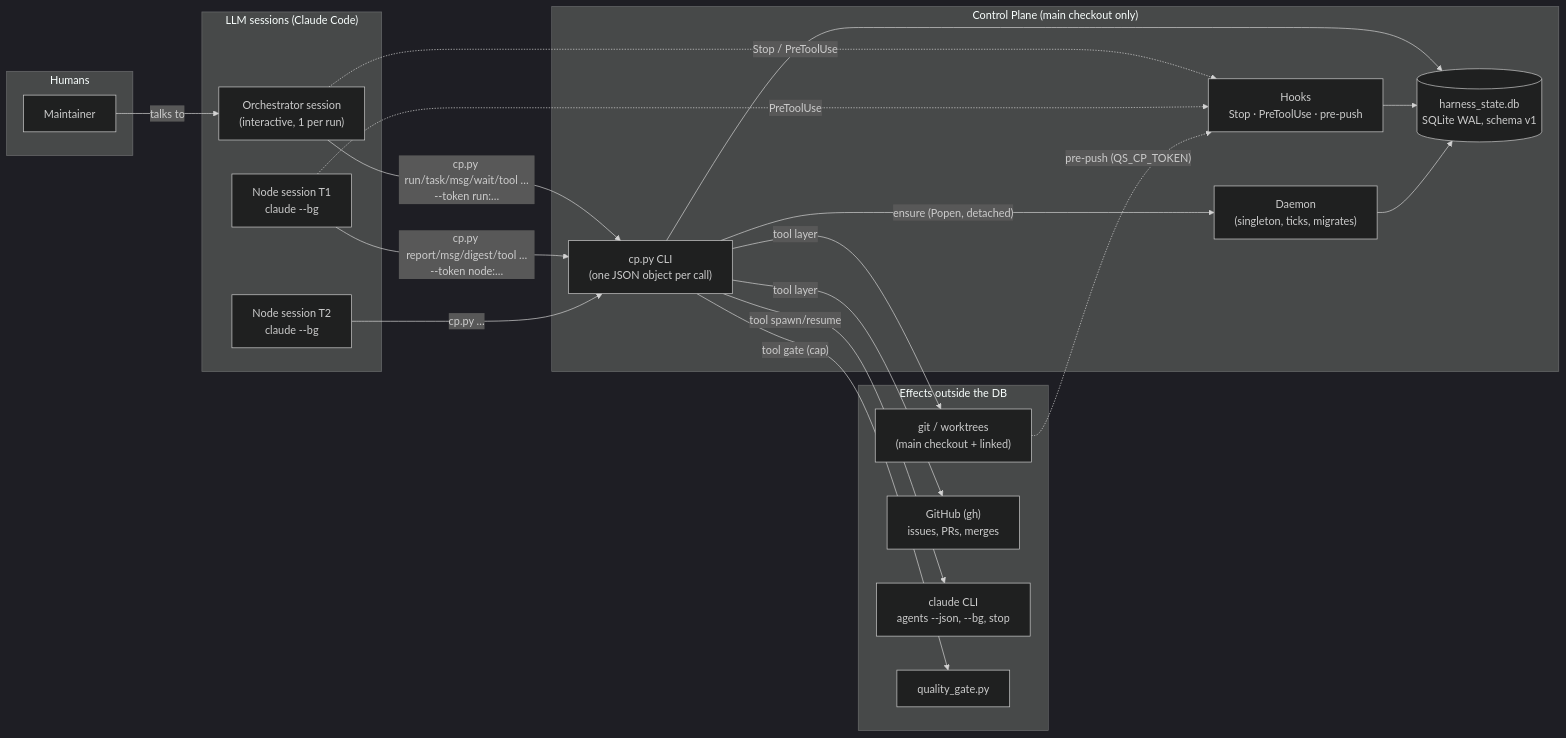
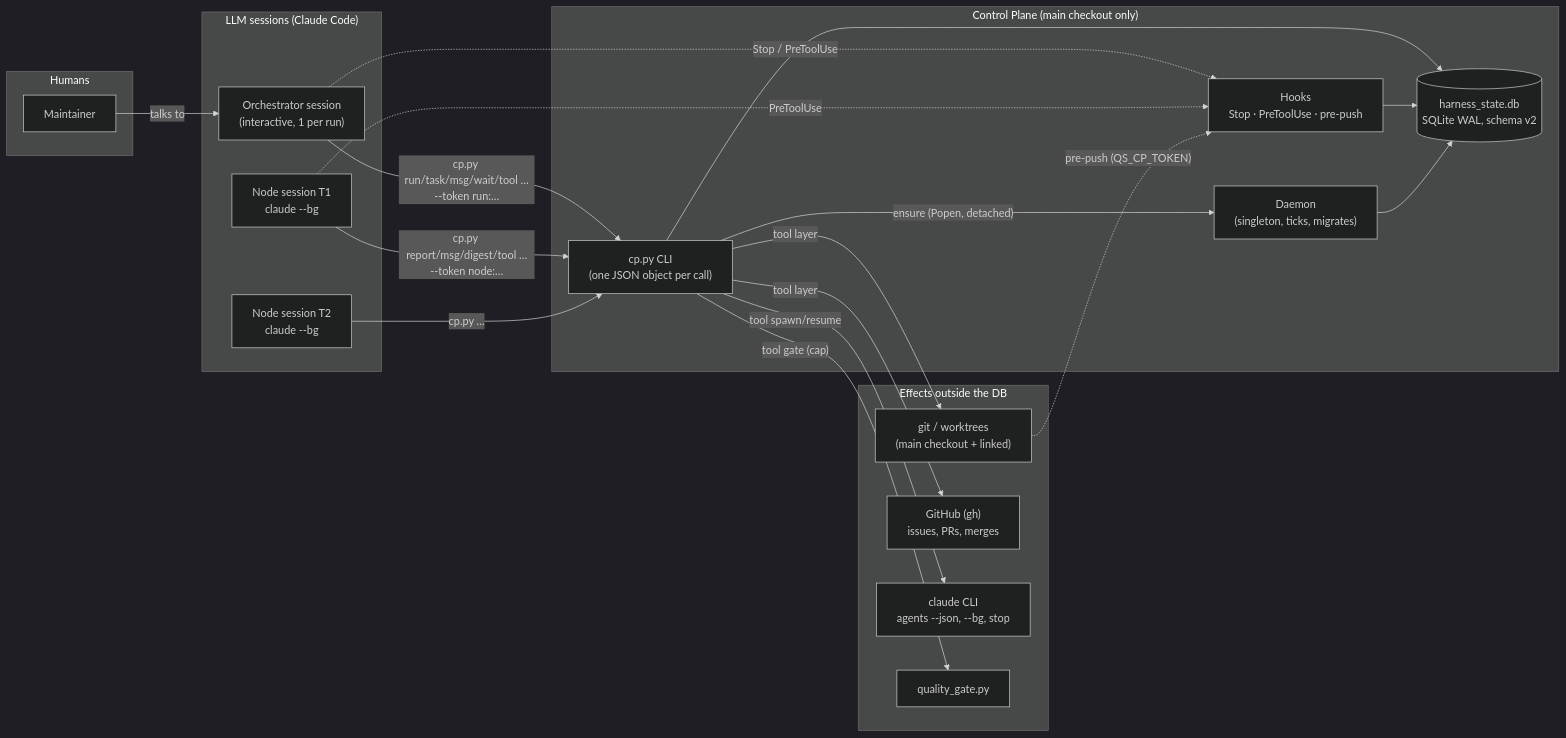
Before and after one commit to tmenguy/quiet-solar: the first of 21 diagrams in docs/workflow/control-plane-diagrams.md, drawn with Mermaid (dark theme). The commit also changed other lines of this file and 20 other files, not shown here.

````diff
--- a/docs/workflow/control-plane-diagrams.md
+++ b/docs/workflow/control-plane-diagrams.md
@@ -20,42 +20,42 @@
 ```mermaid
 flowchart LR
     subgraph Humans
         M[Maintainer]
     end
 
     subgraph Sessions["LLM sessions (Claude Code)"]
         O["Orchestrator session<br/>(interactive, 1 per run)"]
         N1["Node session T1<br/>claude --bg"]
         N2["Node session T2<br/>claude --bg"]
     end
 
     subgraph CP["Control Plane (main checkout only)"]
         CLI["cp.py CLI<br/>(one JSON object per call)"]
         HK["Hooks<br/>Stop · PreToolUse · pre-push"]
         D["Daemon<br/>(singleton, ticks, migrates)"]
-        DB[("harness_state.db<br/>SQLite WAL, schema v1")]
+        DB[("harness_state.db<br/>SQLite WAL, schema v2")]
     end
 
     subgraph Ext["Effects outside the DB"]
         GIT["git / worktrees<br/>(main checkout + linked)"]
         GH["GitHub (gh)<br/>issues, PRs, merges"]
         CC["claude CLI<br/>agents --json, --bg, stop"]
         GATE["quality_gate.py"]
     end
 
     M -- "talks to" --> O
     O -- "cp.py run/task/msg/wait/tool …<br/>--token run:…" --> CLI
     N1 -- "cp.py report/msg/digest/tool …<br/>--token node:…" --> CLI
     N2 -- "cp.py …" --> CLI
     O -. "Stop / PreToolUse" .-> HK
     N1 -. "PreToolUse" .-> HK
     GIT -. "pre-push (QS_CP_TOKEN)" .-> HK
     CLI --> DB
     HK --> DB
     D --> DB
     CLI -- "ensure (Popen, detached)" --> D
     CLI -- "tool layer" --> GIT
     CLI -- "tool layer" --> GH
     CLI -- "tool spawn/resume" --> CC
     CLI -- "tool gate (cap)" --> GATE
 ```
````
